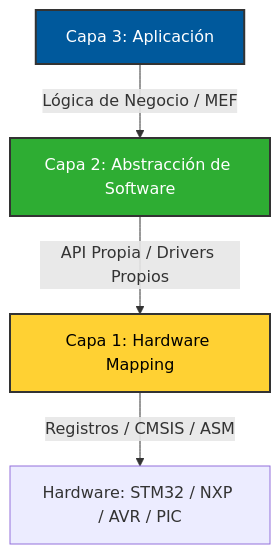
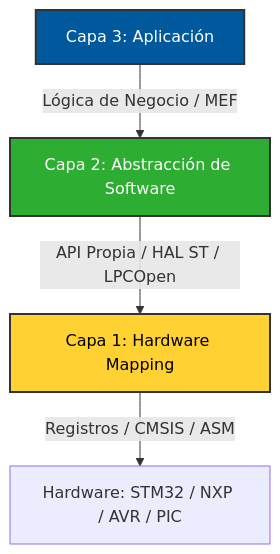
The diagram in README.md (CarlitozMF/CarlitozMF), drawn with Mermaid before and after one commit. The commit also changed other lines of this file, not shown here.

````diff
--- a/README.md
+++ b/README.md
@@ -57,10 +58,10 @@
 ```mermaid
 graph TD
     A[Capa 3: Aplicación] -->|Lógica de Negocio / MEF| B[Capa 2: Abstracción de Software]
-    B -->|API Propia / Drivers Propios| C[Capa 1: Hardware Mapping]
+    B -->|API Propia / HAL ST / LPCOpen| C[Capa 1: Hardware Mapping]
     C -->|Registros / CMSIS / ASM| D[Hardware: STM32 / NXP / AVR / PIC]
     
     style A fill:#00599C,stroke:#333,stroke-width:2px,color:#fff
     style B fill:#2EAD33,stroke:#333,stroke-width:2px,color:#fff
     style C fill:#FFD133,stroke:#333,stroke-width:2px,color:#000
 ```
````
